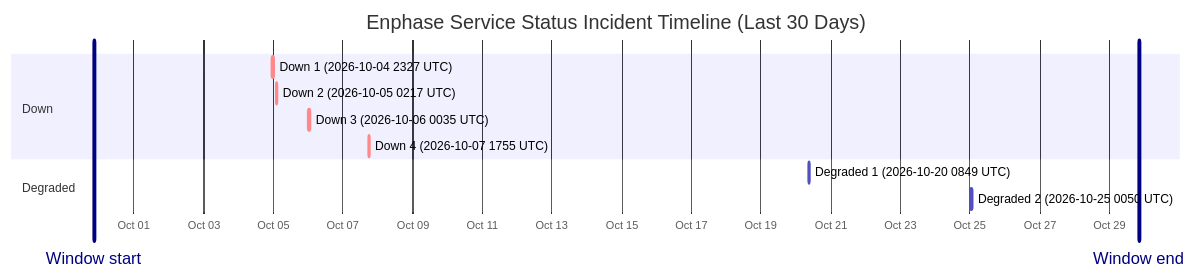
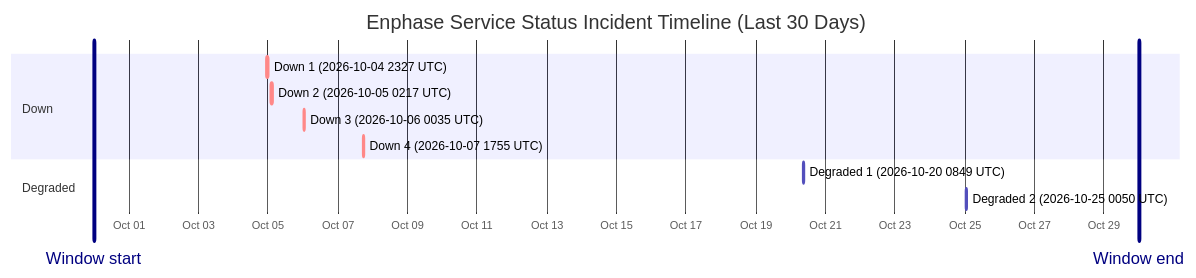
Before and after one commit to barneyonline/ha-enphase-energy: the diagram in wiki/Service-Status-History.md, drawn with Mermaid. The commit also changed other lines of this file and 3 other files, not shown here.

````diff
--- a/wiki/Service-Status-History.md
+++ b/wiki/Service-Status-History.md
@@ -14,16 +14,16 @@
 ```mermaid
 gantt
     title Enphase Service Status Incident Timeline (Last 30 Days)
     dateFormat  YYYY-MM-DDTHH:mm:ss
     axisFormat  %b %d
-    Window start :vert, window-start, 2026-09-29T20:25:46, 0ms
-    Window end :vert, window-end, 2026-10-29T20:25:46, 0ms
+    Window start :vert, window-start, 2026-09-30T00:06:32, 0ms
+    Window end :vert, window-end, 2026-10-30T00:06:32, 0ms
     section Down
     Down 1 (2026-10-04 2327 UTC) :crit, down-1, 2026-10-04T23:27:34, 60m
     Down 2 (2026-10-05 0217 UTC) :crit, down-2, 2026-10-05T02:17:30, 60m
     Down 3 (2026-10-06 0035 UTC) :crit, down-3, 2026-10-06T00:35:21, 60m
     Down 4 (2026-10-07 1755 UTC) :crit, down-4, 2026-10-07T17:55:16, 60m
     section Degraded
     Degraded 1 (2026-10-20 0849 UTC) :active, degraded-1, 2026-10-20T08:49:49, 60m
     Degraded 2 (2026-10-25 0050 UTC) :active, degraded-2, 2026-10-25T00:50:01, 60m
 ```
````
